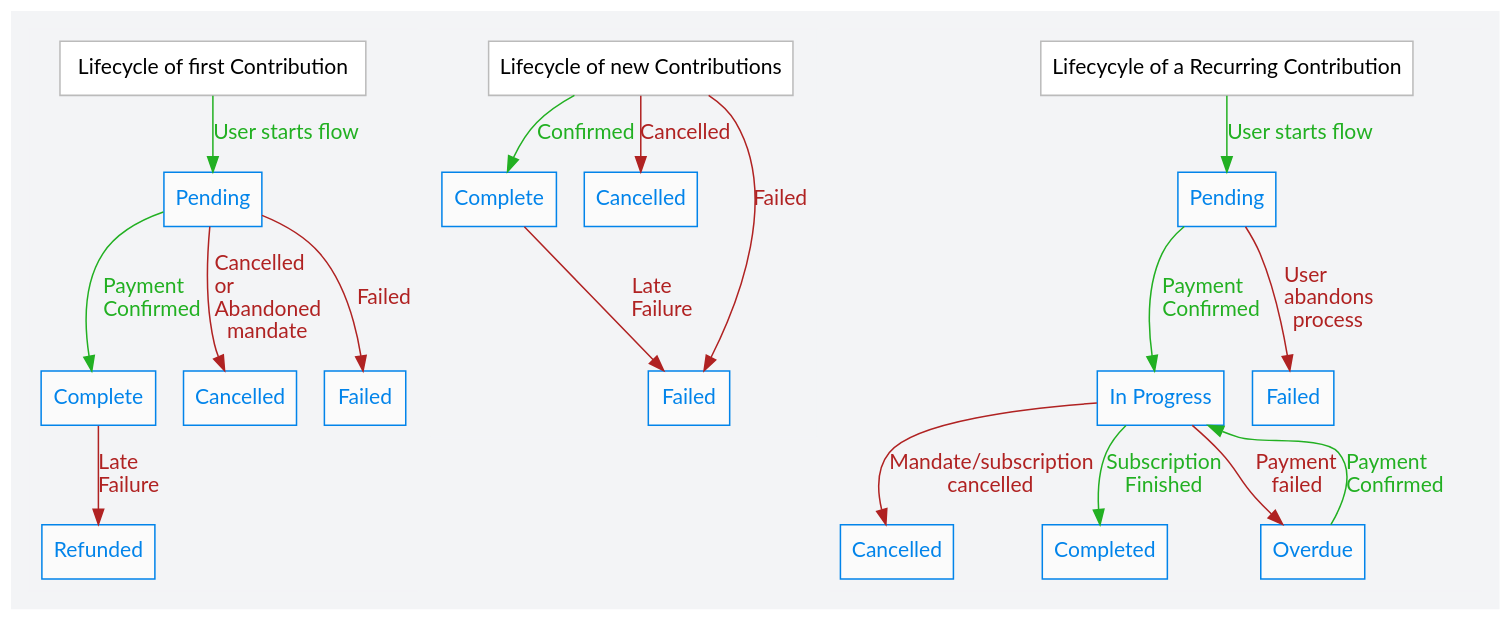
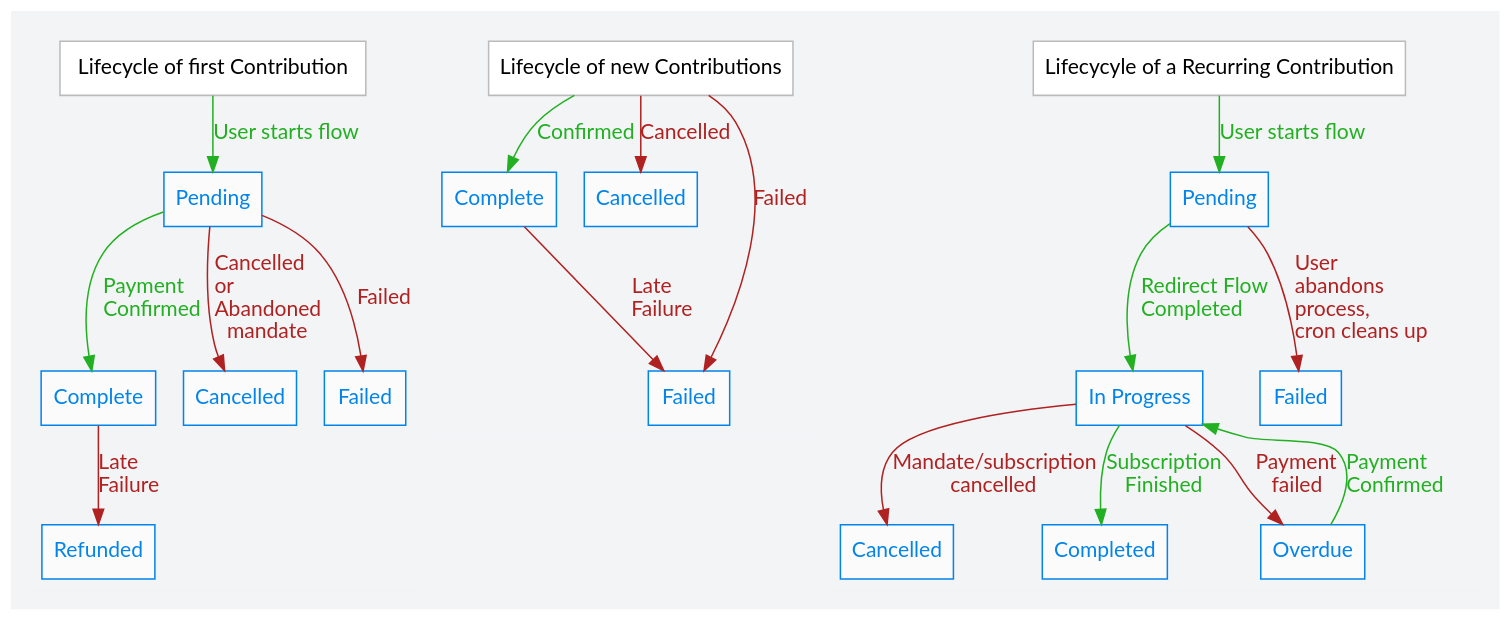
Before and after one commit to artfulrobot/uk.artfulrobot.civicrm.gocardless: the diagram in doc/lifecycle.dot, drawn with Graphviz. The commit also changed 1 other file, not shown here.

Commit message:
update lifecycle diagram

```diff
--- a/doc/lifecycle.dot
+++ b/doc/lifecycle.dot
@@ -1,57 +1,58 @@
 digraph A {
   # fffdf3 dawn
   # fef4f6 eggshell
+  # Nb in labels, \n \l and \r are new lines, normal, left and right-aligned respectively.
   graph [fontname="Lato", bgcolor="#f3f4f6", ]
   node [fontname="Lato", shape=rectangle, style="filled", fillcolor="#fbfbfb"]
   edge [fontname="Lato"]
 
 
   subgraph cluster_a {
     color="#f3f4f6"
     start [label=" Lifecycle of first Contribution ",  style="filled", fillcolor="#ffffff", color="#ffffff", color="#bbbbbb"]
     statusPending [label="Pending" color="#0284ea", fontcolor="#0284ea"]
     statusComplete [label="Complete" color="#0284ea", fontcolor="#0284ea"]
     statusCancelled [label="Cancelled" color="#0284ea", fontcolor="#0284ea"]
     statusFailed [label="Failed" color="#0284ea", fontcolor="#0284ea"]
     statusRefunded [label="Refunded" color="#0284ea", fontcolor="#0284ea"]
 
     start -> statusPending [label="User starts flow", color="#22b022", fontcolor="#22b022"]
     statusPending -> statusComplete [label="Payment\lConfirmed", color="#22b022", fontcolor="#22b022"]
     statusComplete -> statusRefunded [label="Late\lFailure", color="#b02222", fontcolor="#b02222"]
     statusPending -> statusCancelled [label="Cancelled\lor\lAbandoned\lmandate", color="#b02222", fontcolor="#b02222"]
     statusPending -> statusFailed [label="Failed", color="#b02222", fontcolor="#b02222"]
   }
 
   subgraph cluster_c {
     color="#f3f4f6"
     startNew [label="Lifecycle of new Contributions", style="filled", fillcolor="#ffffff", color="#ffffff", color="#bbbbbb"]
     statusNewComplete [label="Complete" color="#0284ea", fontcolor="#0284ea"]
     statusNewCancelled [label="Cancelled" color="#0284ea", fontcolor="#0284ea"]
     statusNewFailed [label="Failed" color="#0284ea", fontcolor="#0284ea"]
 
     startNew -> statusNewComplete [label="Confirmed", color="#22b022", fontcolor="#22b022"]
     startNew -> statusNewFailed [label="Failed", color="#b02222", fontcolor="#b02222"]
     startNew -> statusNewCancelled [label="Cancelled", color="#b02222", fontcolor="#b02222"]
     statusNewComplete -> statusNewFailed [label="Late\lFailure", color="#b02222", fontcolor="#b02222"]
   }
 
   subgraph cluster_b {
     color="#f3f4f6"
     start2 [label="Lifecycyle of a Recurring Contribution", style="filled", fillcolor="#ffffff", color="#ffffff", color="#bbbbbb"]
     statusCrPending [label="Pending" color="#0284ea", fontcolor="#0284ea"]
     statusCrIP [label="In Progress" color="#0284ea", fontcolor="#0284ea"]
     statusCrCancelled [label="Cancelled" color="#0284ea", fontcolor="#0284ea"]
     statusCrFailed [label="Failed" color="#0284ea", fontcolor="#0284ea"]
     statusCrOverdue [label="Overdue" color="#0284ea", fontcolor="#0284ea"]
     statusCrCompleted [label="Completed" color="#0284ea", fontcolor="#0284ea"]
 
     start2 -> statusCrPending [label="User starts flow" , color="#22b022", fontcolor="#22b022"]
-    statusCrPending -> statusCrIP [label="Payment\lConfirmed", color="#22b022", fontcolor="#22b022"]
+    statusCrPending -> statusCrIP [label="Redirect Flow\lCompleted\l", color="#22b022", fontcolor="#22b022"]
+    statusCrPending -> statusCrFailed [label="User\labandons\lprocess,\lcron cleans up\l", color="#b02222", fontcolor="#b02222"]
     statusCrIP -> statusCrOverdue [label="Payment\lfailed", color="#b02222", fontcolor="#b02222"]
     statusCrOverdue -> statusCrIP [label="Payment\lConfirmed", color="#22b022", fontcolor="#22b022"]
     statusCrIP -> statusCrCancelled [label="Mandate/subscription\lcancelled", color="#b02222", fontcolor="#b02222"]
     statusCrIP -> statusCrCompleted [label="Subscription\l Finished" , color="#22b022", fontcolor="#22b022"]
-    statusCrPending -> statusCrFailed [label="User\labandons\lprocess", color="#b02222", fontcolor="#b02222"]
 
   }
 }
```
